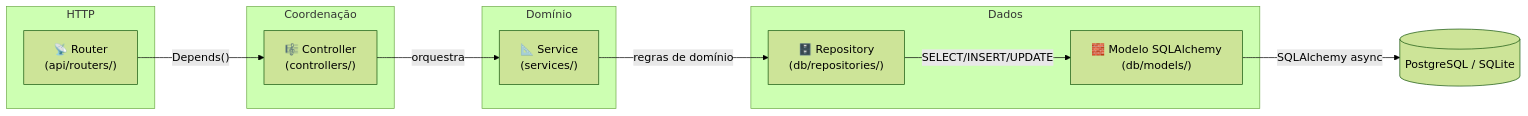
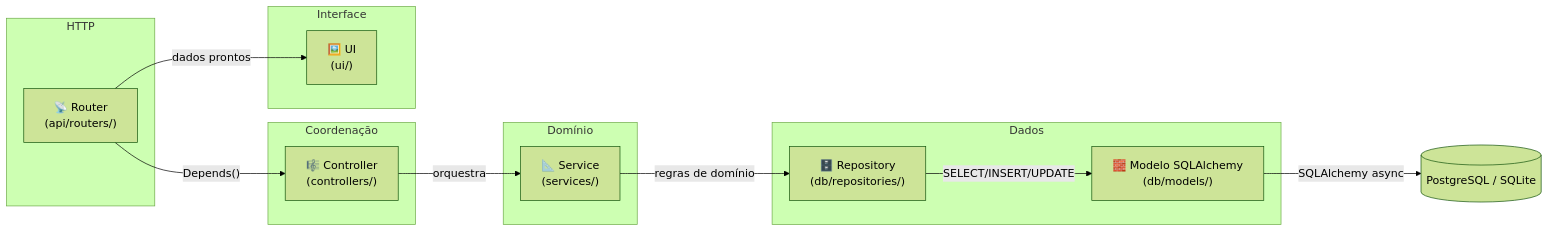
Before and after one commit to mauriciobenjamin700/tempest-fastapi-sdk: the first of 2 diagrams in docs/architecture.md, drawn with Mermaid (forest theme). The commit also changed other lines of this file and 68 other files, not shown here.

First line of the commit message:
feat: v0.224.0 — the ui layer, forms from schemas, typed CSS

````diff
--- a/docs/architecture.md
+++ b/docs/architecture.md
@@ -7,23 +7,27 @@
 ```mermaid
 flowchart LR
     subgraph HTTP
         Router["📡 Router\n(api/routers/)"]
     end
     subgraph Coordenação
         Controller["🎼 Controller\n(controllers/)"]
     end
     subgraph Domínio
         Service["📐 Service\n(services/)"]
     end
     subgraph Dados
         Repository["🗄️ Repository\n(db/repositories/)"]
         Model["🧱 Modelo SQLAlchemy\n(db/models/)"]
     end
+    subgraph Interface
+        UI["🖼️ UI\n(ui/)"]
+    end
     DB[(PostgreSQL / SQLite)]
 
     Router -->|"Depends()"| Controller
+    Router -->|"dados prontos"| UI
     Controller -->|orquestra| Service
     Service -->|regras de domínio| Repository
     Repository -->|"SELECT/INSERT/UPDATE"| Model
     Model -->|SQLAlchemy async| DB
 ```
````
